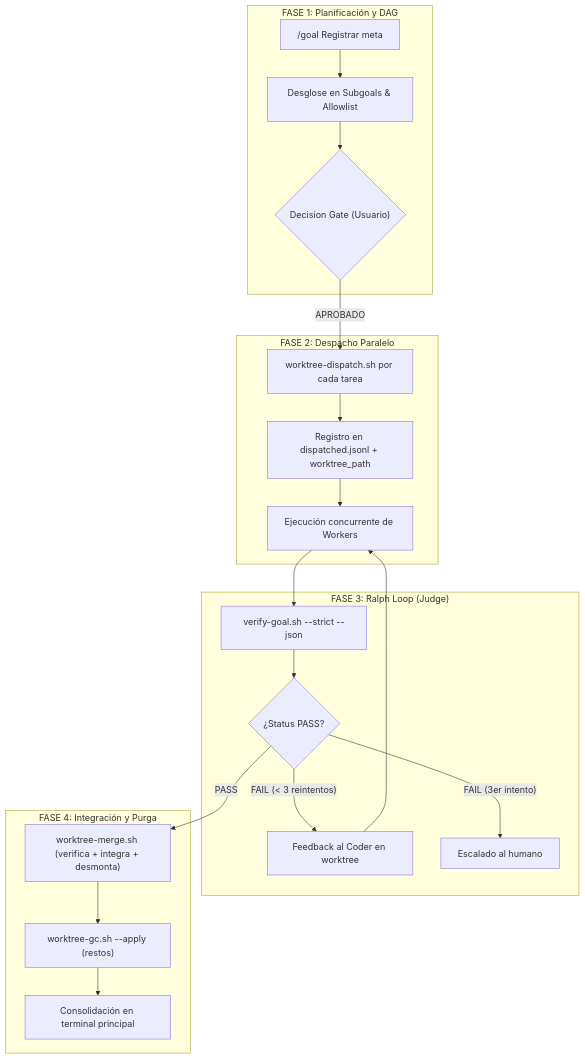
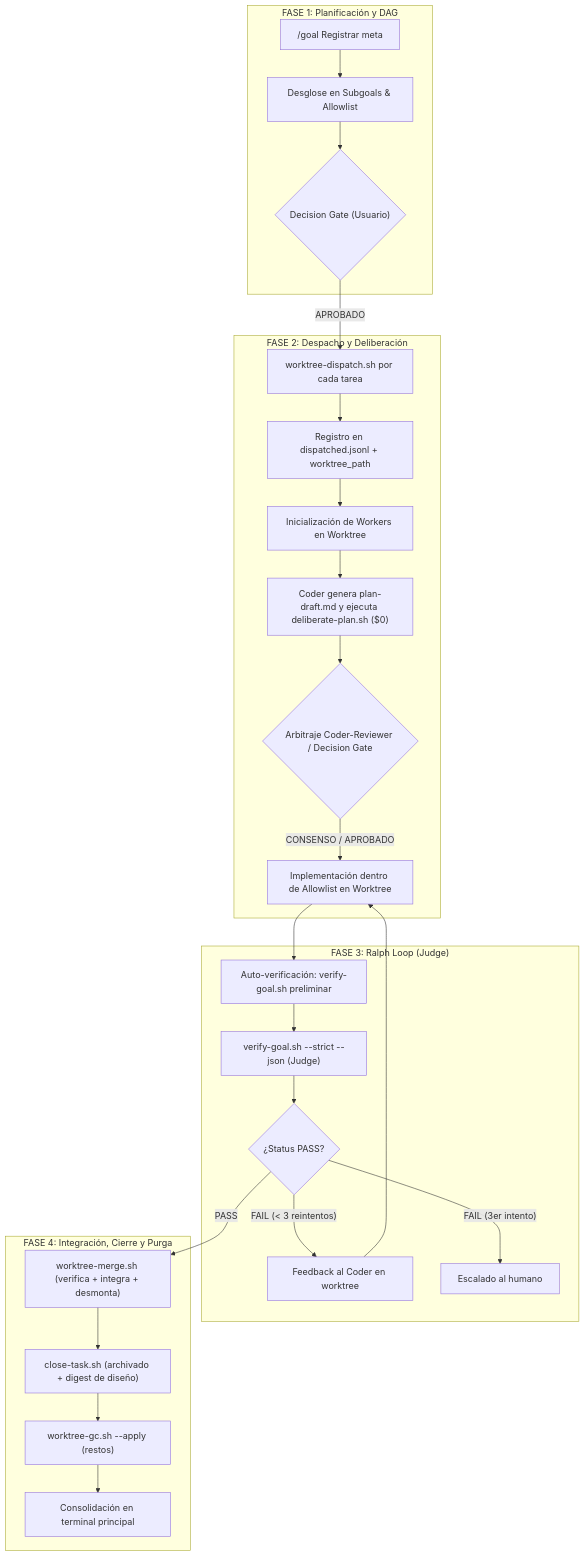
One commit to romensuarezr/agent-os changed the diagram in .agents/workflows/parallel-orchestration.md. Above: the diagram before and after it, drawn with Mermaid. The commit also changed other lines of this file and 2 other files, not shown here.

Commit message:
feat(orchestration): integrar bucle de deliberacion en worktree-dispatch y parallel-orchestration (T-126)

````diff
--- a/.agents/workflows/parallel-orchestration.md
+++ b/.agents/workflows/parallel-orchestration.md
@@ -60,27 +62,32 @@
 ```mermaid
 flowchart TD
     subgraph F1["FASE 1: Planificación y DAG"]
         G["/goal Registrar meta"] --> D["Desglose en Subgoals & Allowlist"]
         D --> DecisionGate{"Decision Gate (Usuario)"}
     end
 
-    subgraph F2["FASE 2: Despacho Paralelo"]
+    subgraph F2["FASE 2: Despacho y Deliberación"]
         DecisionGate -- APROBADO --> Dispatch["worktree-dispatch.sh por cada tarea"]
         Dispatch --> Record["Registro en dispatched.jsonl + worktree_path"]
-        Record --> SpawnWorkers["Ejecución concurrente de Workers"]
+        Record --> SpawnWorkers["Inicialización de Workers en Worktree"]
+        SpawnWorkers --> Delib["Coder genera plan-draft.md y ejecuta deliberate-plan.sh ($0)"]
+        Delib --> DelibGate{"Arbitraje Coder-Reviewer / Decision Gate"}
+        DelibGate -- CONSENSO / APROBADO --> WorkerExec["Implementación dentro de Allowlist en Worktree"]
     end
 
     subgraph F3["FASE 3: Ralph Loop (Judge)"]
-        SpawnWorkers --> GateJudge["verify-goal.sh --strict --json"]
+        WorkerExec --> PreCheck["Auto-verificación: verify-goal.sh preliminar"]
+        PreCheck --> GateJudge["verify-goal.sh --strict --json (Judge)"]
         GateJudge --> JudgeVerdict{"¿Status PASS?"}
         JudgeVerdict -- FAIL (< 3 reintentos) --> Retry["Feedback al Coder en worktree"]
-        Retry --> SpawnWorkers
+        Retry --> WorkerExec
         JudgeVerdict -- FAIL (3er intento) --> HumanEscalate["Escalado al humano"]
     end
 
-    subgraph F4["FASE 4: Integración y Purga"]
+    subgraph F4["FASE 4: Integración, Cierre y Purga"]
         JudgeVerdict -- PASS --> Merge["worktree-merge.sh (verifica + integra + desmonta)"]
-        Merge --> GCD["worktree-gc.sh --apply (restos)"]
+        Merge --> Close["close-task.sh (archivado + digest de diseño)"]
+        Close --> GCD["worktree-gc.sh --apply (restos)"]
         GCD --> Digest["Consolidación en terminal principal"]
     end
 ```
````
